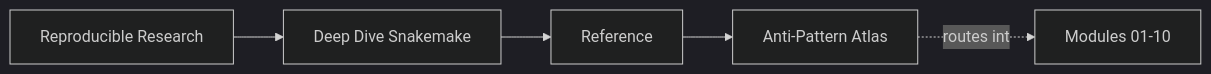
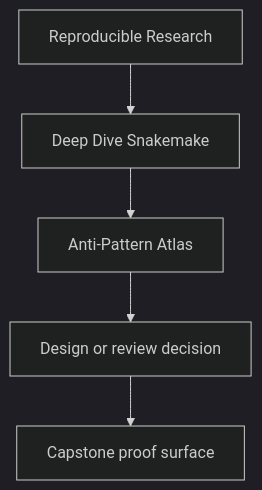
One commit to bijux/bijux-masterclass changed the first of 2 diagrams in programs/reproducible-research/deep-dive-snakemake/course-book/reference/anti-pattern-atlas.md. Above: the diagram before and after it, drawn with Mermaid (dark theme). The commit also changed other lines of this file and 29 other files, not shown here.

Commit message:
docs(deep-dive-snakemake): sharpen guide and reference diagrams

````diff
--- a/programs/reproducible-research/deep-dive-snakemake/course-book/reference/anti-pattern-atlas.md
+++ b/programs/reproducible-research/deep-dive-snakemake/course-book/reference/anti-pattern-atlas.md
@@ -9,11 +9,7 @@
 ```mermaid
-graph LR
-  family["Reproducible Research"]
-  program["Deep Dive Snakemake"]
-  section["Reference"]
-  page["Anti-Pattern Atlas"]
-  modules["Modules 01-10"]
-
-  family --> program --> section --> page
-  page -.routes into.-> modules
+flowchart TD
+  family["Reproducible Research"] --> program["Deep Dive Snakemake"]
+  program --> reference["Anti-Pattern Atlas"]
+  reference --> review["Design or review decision"]
+  review --> capstone["Capstone proof surface"]
 ```
````
